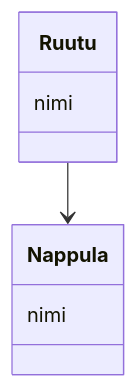
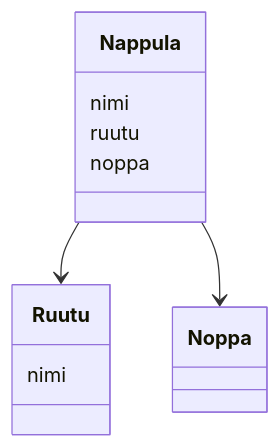
The diagram in laskarit/viikko3/monopoli.md (asomaki/ot-harjoitustyo), drawn with Mermaid before and after one commit.

Commit message:
monopolin luokat

````diff
--- a/laskarit/viikko3/monopoli.md
+++ b/laskarit/viikko3/monopoli.md
@@ -2,10 +2,15 @@
 ```mermaid
 classDiagram
-        Ruutu --> Nappula
+        Nappula --> Ruutu
+        Nappula --> Noppa
         class Nappula{
             nimi
+            ruutu
+            noppa
         }
         class Ruutu{
              nimi
         }
+        class Noppa
+             luku
 ```
````
